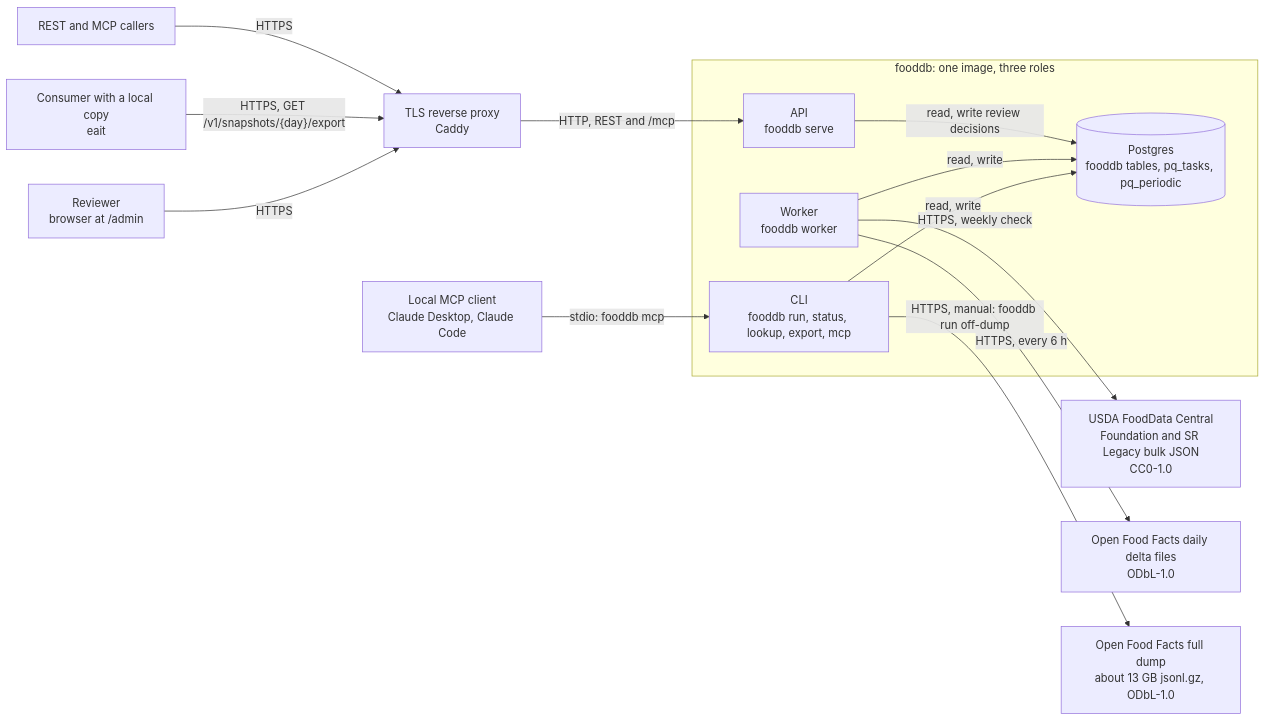
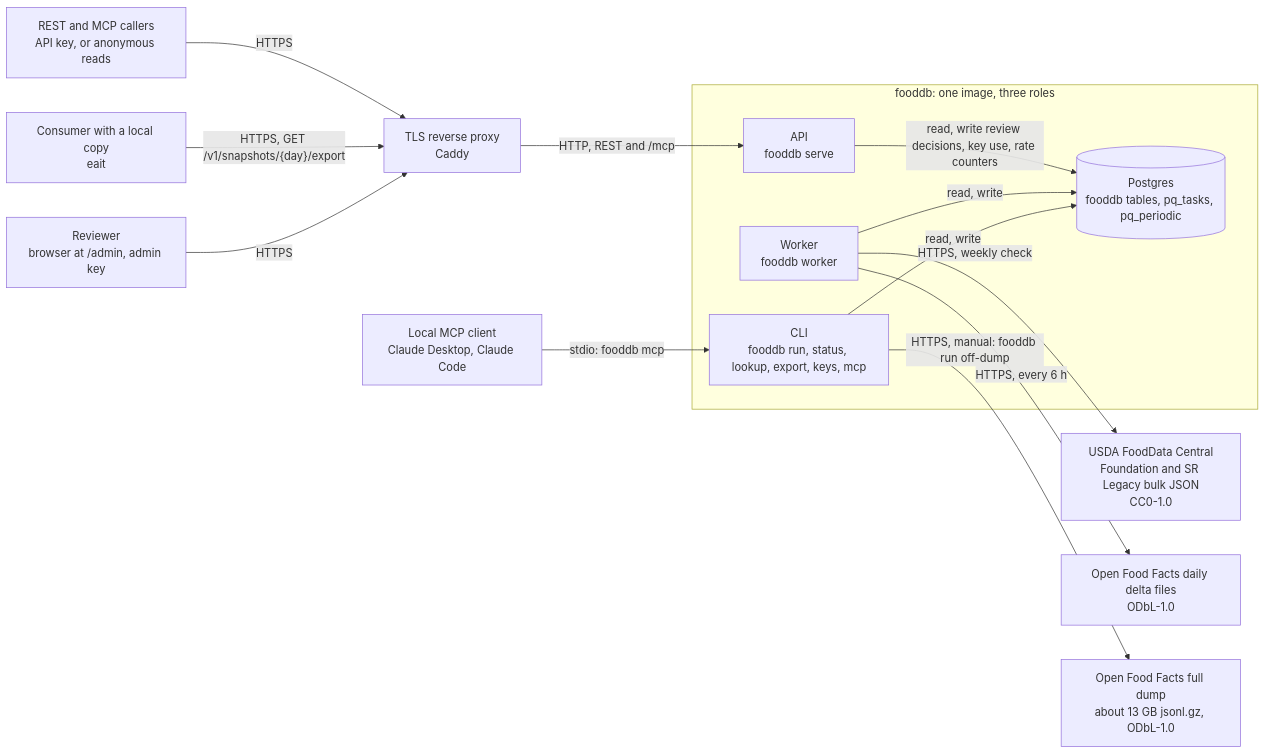
The first of 12 diagrams in docs/architecture.md (eait-fit/fooddb), drawn with Mermaid before and after one commit. The commit also changed other lines of this file and 16 other files, not shown here.

First line of the commit message:
feat: API keys, scopes and rate limits (closes #10) (#26)

````diff
--- a/docs/architecture.md
+++ b/docs/architecture.md
@@ -12,27 +12,27 @@
 ```mermaid
 flowchart LR
-    callers["REST and MCP callers"]
+    callers["REST and MCP callers<br/>API key, or anonymous reads"]
     consumer["Consumer with a local copy<br/>eait"]
-    reviewer["Reviewer<br/>browser at /admin"]
+    reviewer["Reviewer<br/>browser at /admin, admin key"]
     local["Local MCP client<br/>Claude Desktop, Claude Code"]
     proxy["TLS reverse proxy<br/>Caddy"]
     subgraph fooddb["fooddb: one image, three roles"]
         api["API<br/>fooddb serve"]
         worker["Worker<br/>fooddb worker"]
-        cli["CLI<br/>fooddb run, status, lookup, export, mcp"]
+        cli["CLI<br/>fooddb run, status, lookup, export, keys, mcp"]
         db[("Postgres<br/>fooddb tables, pq_tasks, pq_periodic")]
     end
     fdc["USDA FoodData Central<br/>Foundation and SR Legacy bulk JSON<br/>CC0-1.0"]
     offd["Open Food Facts daily delta files<br/>ODbL-1.0"]
     offdump["Open Food Facts full dump<br/>about 13 GB jsonl.gz, ODbL-1.0"]
     callers -->|HTTPS| proxy -->|"HTTP, REST and /mcp"| api
     consumer -->|"HTTPS, GET /v1/snapshots/{day}/export"| proxy
     reviewer -->|HTTPS| proxy
     local -->|"stdio: fooddb mcp"| cli
-    api -->|"read, write review decisions"| db
+    api -->|"read, write review decisions, key use, rate counters"| db
     worker -->|read, write| db
     cli -->|read, write| db
     worker -->|"HTTPS, weekly check"| fdc
     worker -->|"HTTPS, every 6 h"| offd
     cli -->|"HTTPS, manual: fooddb run off-dump"| offdump
 ```
````
